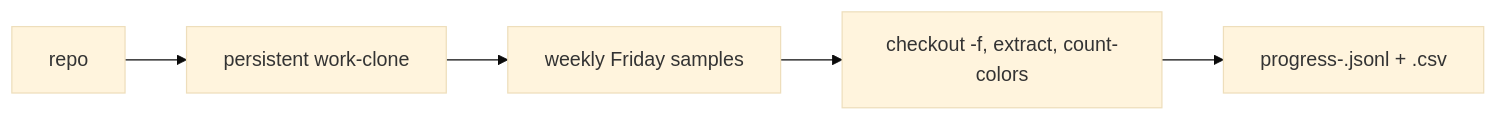
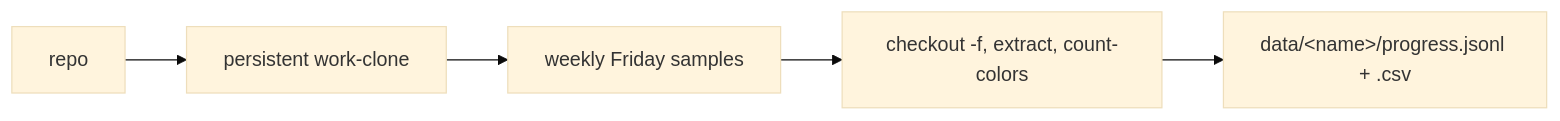
One commit to Beneficial-AI-Foundation/veritooling changed the diagram in tools/verification-progress-history/README.md. Above: the diagram before and after it, drawn with Mermaid (base theme). The commit also changed other lines of this file and 21 other files, not shown here.

First line of the commit message:
refactor(data): organise progress outputs one folder per example

````diff
--- a/tools/verification-progress-history/README.md
+++ b/tools/verification-progress-history/README.md
@@ -45,7 +45,7 @@
 ```mermaid
 flowchart LR
   A[repo] --> B[persistent work-clone]
   B --> C[weekly Friday samples]
   C --> D[checkout -f, extract, count-colors]
-  D --> E[progress-<name>.jsonl + .csv]
+  D --> E[data/&lt;name&gt;/progress.jsonl + .csv]
 ```
````
